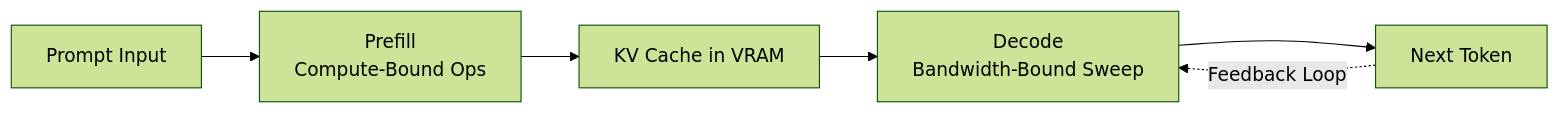
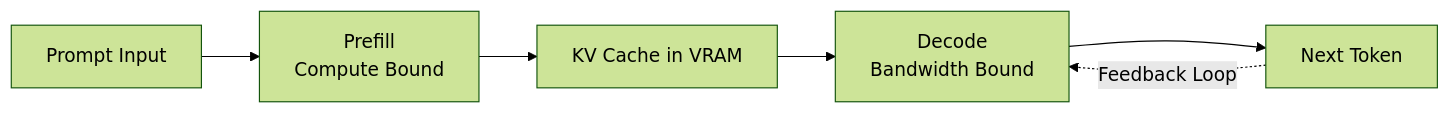
The first of 2 diagrams in site/content/deep-dives/local-llm-inference.md (huangsam/systology), drawn with Mermaid (forest theme) before and after one commit. The commit also changed other lines of this file, not shown here.

```diff
--- a/site/content/deep-dives/local-llm-inference.md
+++ b/site/content/deep-dives/local-llm-inference.md
@@ -31,8 +31,8 @@
 {{< mermaid >}}
 graph LR
-    Prompt[Prompt Input] --> Prefill["Prefill<br>Compute-Bound Ops"]
+    Prompt[Prompt Input] --> Prefill["Prefill<br>Compute Bound"]
     Prefill --> Cache[KV Cache in VRAM]
-    Cache --> Decode["Decode<br>Bandwidth-Bound Sweep"]
+    Cache --> Decode["Decode<br>Bandwidth Bound"]
     Decode --> Token[Next Token]
     Token -.->|Feedback Loop| Decode
 {{< /mermaid >}}
```
